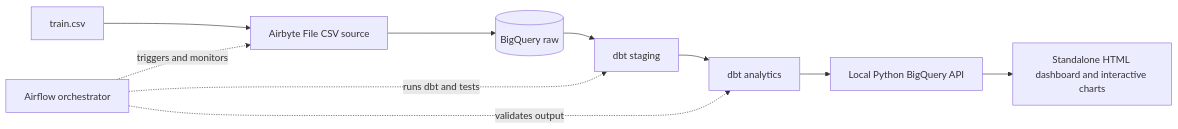
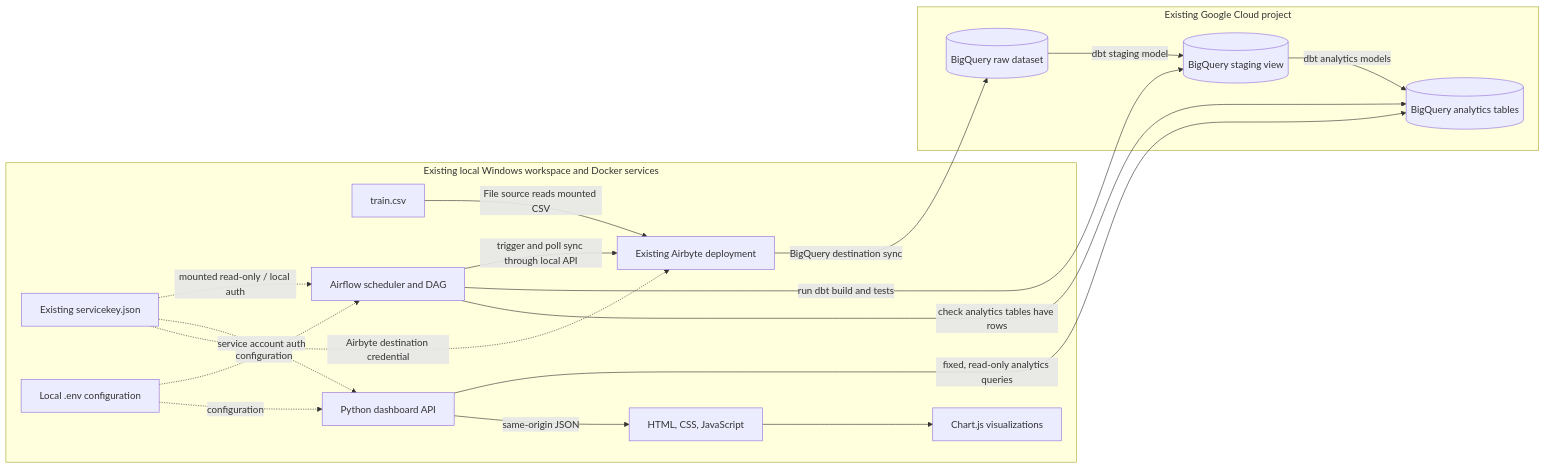
One commit to adil162006/cafetieria-foood-waste-monitoring changed the first of 2 diagrams in README.md. Above: the diagram before and after it, drawn with Mermaid. The commit also changed other lines of this file, not shown here.

````diff
--- a/README.md
+++ b/README.md
@@ -20,12 +26,35 @@
 ```mermaid
 flowchart LR
-  CSV[train.csv] --> AB[Airbyte File CSV source]
-  AB --> RAW[(BigQuery raw)]
-  RAW --> STG[dbt staging]
-  STG --> AN[dbt analytics]
-  AN --> API[Local Python BigQuery API]
-  API --> UI[Standalone HTML dashboard and interactive charts]
-  AF[Airflow orchestrator] -. triggers and monitors .-> AB
-  AF -. runs dbt and tests .-> STG
-  AF -. validates output .-> AN
+    subgraph Local[Existing local Windows workspace and Docker services]
+        CSV[train.csv]
+        ABUI[Existing Airbyte deployment]
+        AF[Airflow scheduler and DAG]
+        API[Python dashboard API]
+        WEB[HTML, CSS, JavaScript]
+        CHARTS[Chart.js visualizations]
+        KEY[Existing servicekey.json]
+        ENV[Local .env configuration]
+    end
+
+    subgraph GCP[Existing Google Cloud project]
+        RAW[(BigQuery raw dataset)]
+        STG[(BigQuery staging view)]
+        MART[(BigQuery analytics tables)]
+    end
+
+    CSV -->|File source reads mounted CSV| ABUI
+    ABUI -->|BigQuery destination sync| RAW
+    AF -->|trigger and poll sync through local API| ABUI
+    AF -->|run dbt build and tests| STG
+    RAW -->|dbt staging model| STG
+    STG -->|dbt analytics models| MART
+    AF -->|check analytics tables have rows| MART
+    API -->|fixed, read-only analytics queries| MART
+    API -->|same-origin JSON| WEB
+    WEB --> CHARTS
+    ENV -. configuration .-> AF
+    ENV -. configuration .-> API
+    KEY -. mounted read-only / local auth .-> AF
+    KEY -. service account auth .-> API
+    KEY -. Airbyte destination credential .-> ABUI
 ```
````
